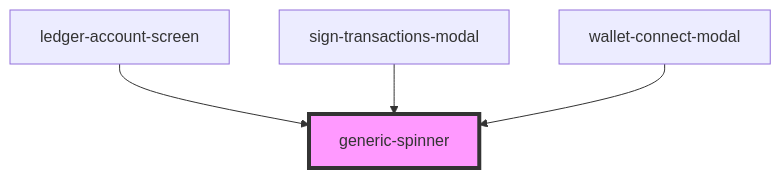
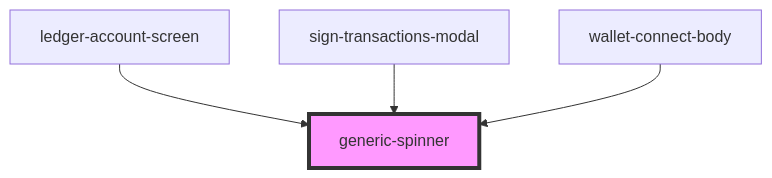
The diagram in src/common/generic-spinner/readme.md (multiversx/mx-sdk-dapp-ui), drawn with Mermaid before and after one commit. The commit also changed other lines of this file and 7 other files, not shown here.

Commit message:
Added wallet connect side panel component

````diff
--- a/src/common/generic-spinner/readme.md
+++ b/src/common/generic-spinner/readme.md
@@ -17,7 +17,7 @@
 ```mermaid
 graph TD;
   ledger-account-screen --> generic-spinner
   sign-transactions-modal --> generic-spinner
-  wallet-connect-modal --> generic-spinner
+  wallet-connect-body --> generic-spinner
   style generic-spinner fill:#f9f,stroke:#333,stroke-width:4px
 ```
````
